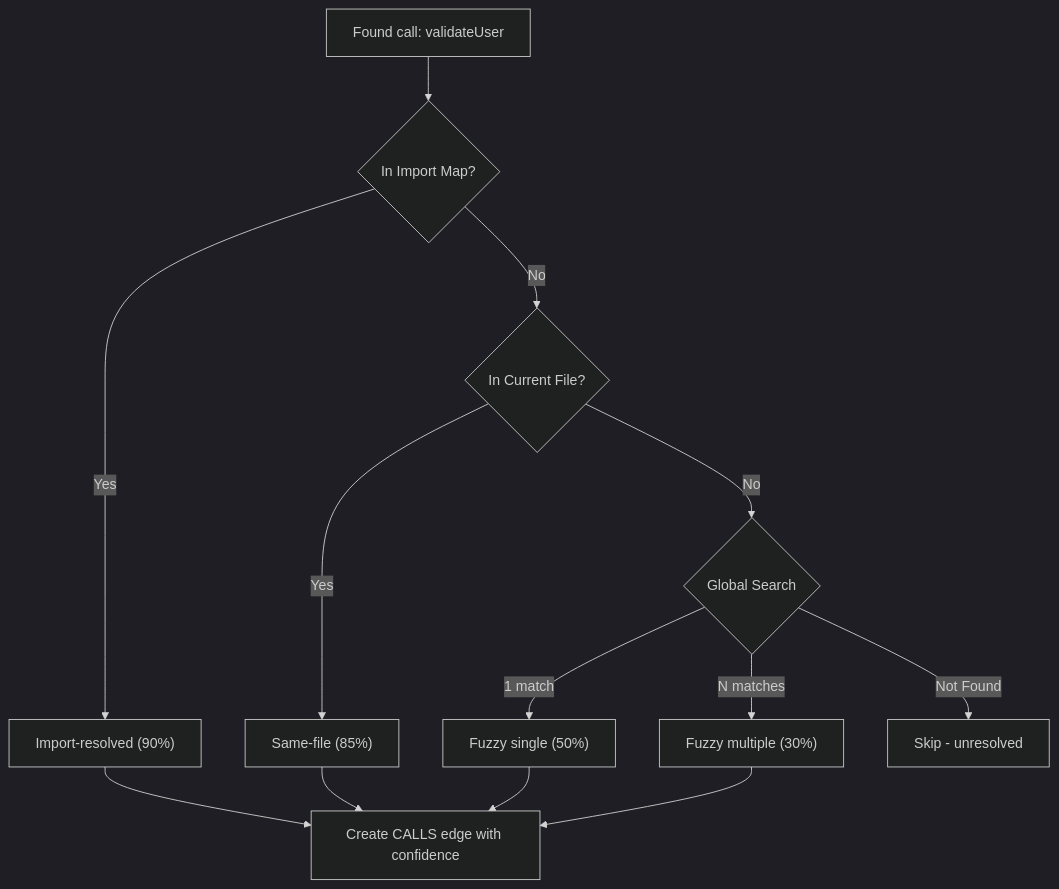
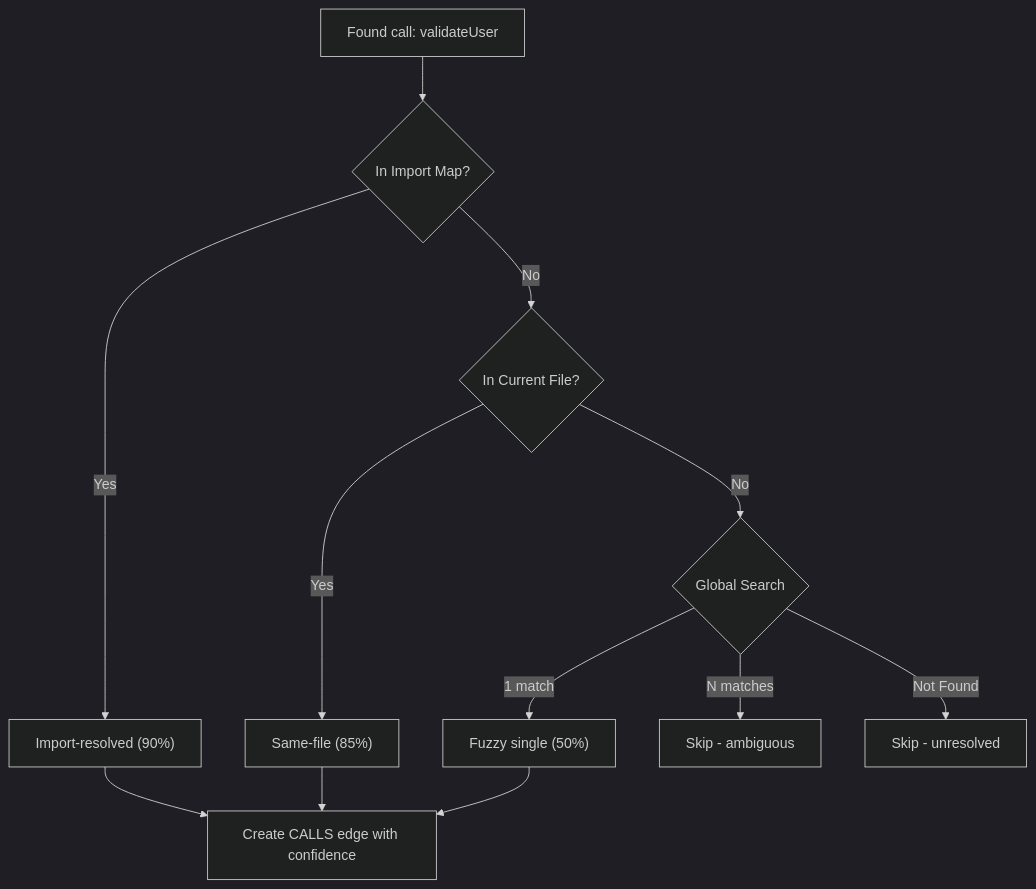
One commit to butterbenny/GitNexus changed the fourth of 6 diagrams in README.md. Above: the diagram before and after it, drawn with Mermaid (dark theme). The commit also changed other lines of this file and 58 other files, not shown here.

Commit message:
Confirm call-graph unlock plan

````diff
--- a/README.md
+++ b/README.md
@@ -360,13 +361,13 @@
 ```mermaid
 flowchart TD
     CALL["Found call: validateUser"] --> CHECK1{"In Import Map?"}
     CHECK1 -->|Yes| FOUND1["Import-resolved (90%)"]
     CHECK1 -->|No| CHECK2{"In Current File?"}
     CHECK2 -->|Yes| FOUND2["Same-file (85%)"]
     CHECK2 -->|No| CHECK3{"Global Search"}
     CHECK3 -->|1 match| FOUND3["Fuzzy single (50%)"]
-    CHECK3 -->|N matches| FOUND4["Fuzzy multiple (30%)"]
+    CHECK3 -->|N matches| SKIP2["Skip - ambiguous"]
     CHECK3 -->|Not Found| SKIP["Skip - unresolved"]
 
-    FOUND1 & FOUND2 & FOUND3 & FOUND4 --> EDGE["Create CALLS edge with confidence"]
+    FOUND1 & FOUND2 & FOUND3 --> EDGE["Create CALLS edge with confidence"]
 ```
````
